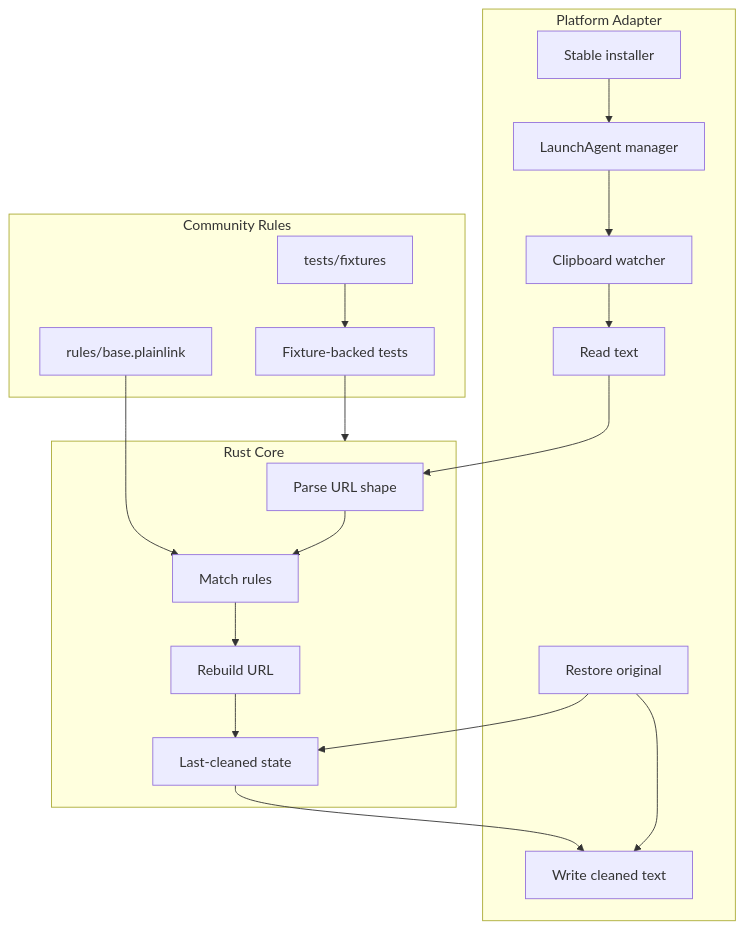
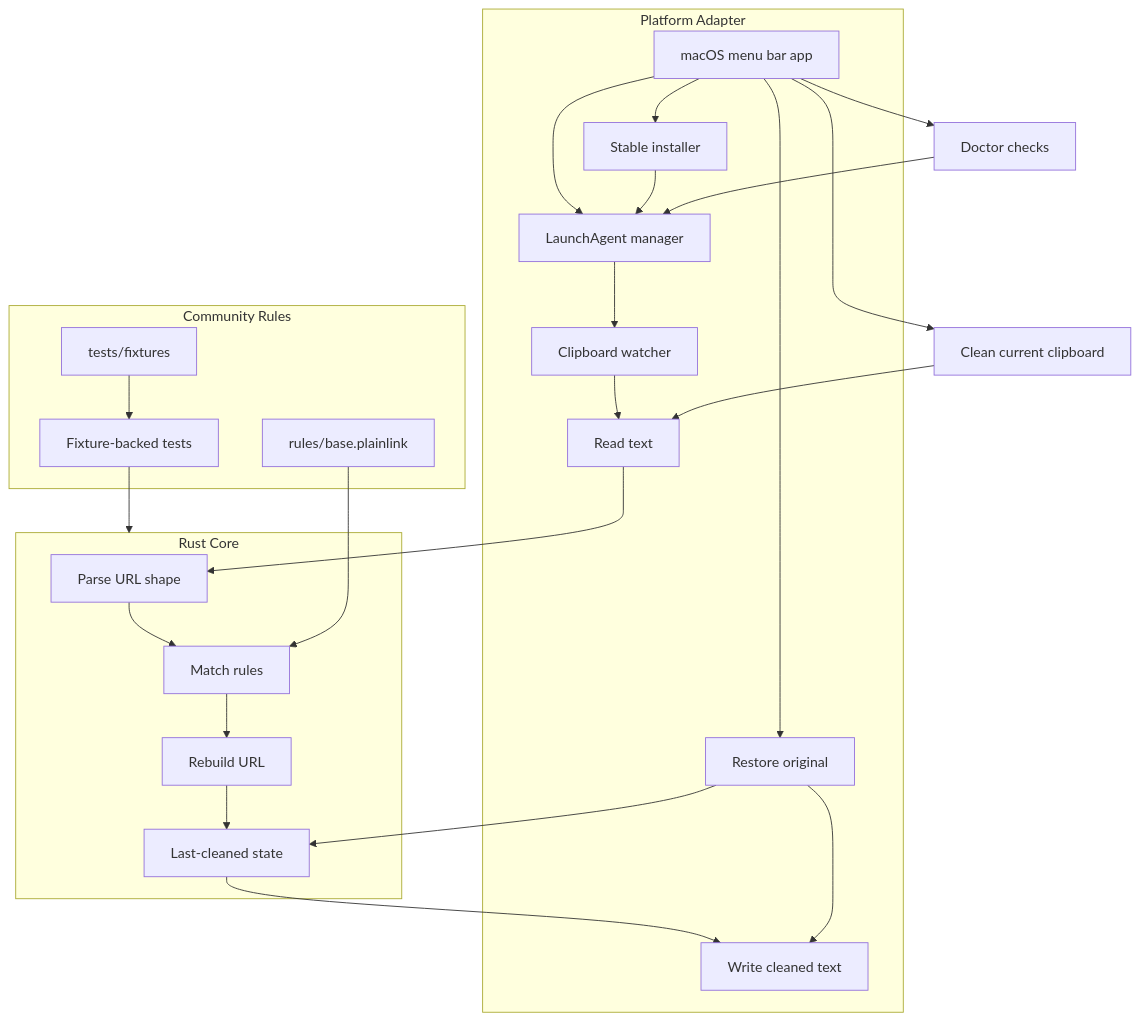
Before and after one commit to HexCodeYT/PlainLink: the first of 3 diagrams in docs/ARCHITECTURE.md, drawn with Mermaid. The commit also changed other lines of this file and 5 other files, not shown here.

Commit message:
docs: document macOS menu bar app

````diff
--- a/docs/ARCHITECTURE.md
+++ b/docs/ARCHITECTURE.md
@@ -5,33 +5,41 @@
 ```mermaid
 flowchart TB
     subgraph Platform["Platform Adapter"]
+        Menu["macOS menu bar app"]
         Install["Stable installer"]
         Agent["LaunchAgent manager"]
         Watch["Clipboard watcher"]
         Read["Read text"]
         Write["Write cleaned text"]
         Restore["Restore original"]
     end
 
     subgraph Core["Rust Core"]
         Parse["Parse URL shape"]
         Match["Match rules"]
         Rebuild["Rebuild URL"]
         State["Last-cleaned state"]
     end
 
     subgraph Community["Community Rules"]
         Base["rules/base.plainlink"]
         Fixtures["tests/fixtures"]
         Tests["Fixture-backed tests"]
     end
 
+    Menu --> Install
+    Menu --> Agent
+    Menu --> Restore
+    Menu --> Doctor["Doctor checks"]
+    Menu --> OneShot["Clean current clipboard"]
     Install --> Agent
     Agent --> Watch
     Watch --> Read --> Parse --> Match --> Rebuild --> State --> Write
+    OneShot --> Read
     Restore --> State
     Restore --> Write
+    Doctor --> Agent
     Base --> Match
     Fixtures --> Tests
     Tests --> Core
 ```
````
